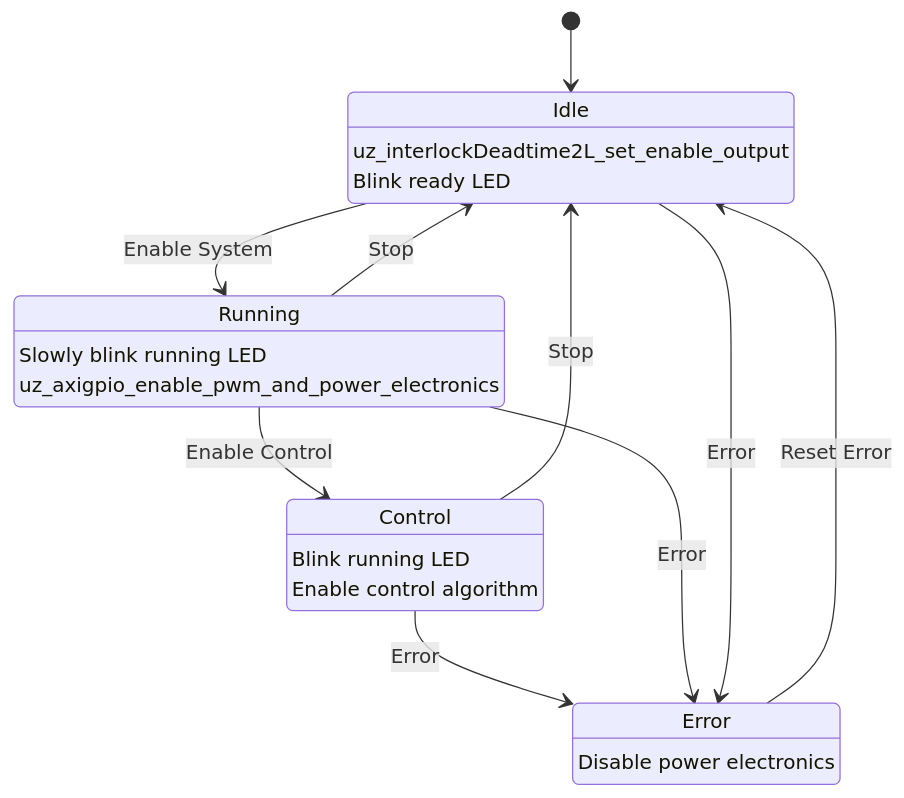
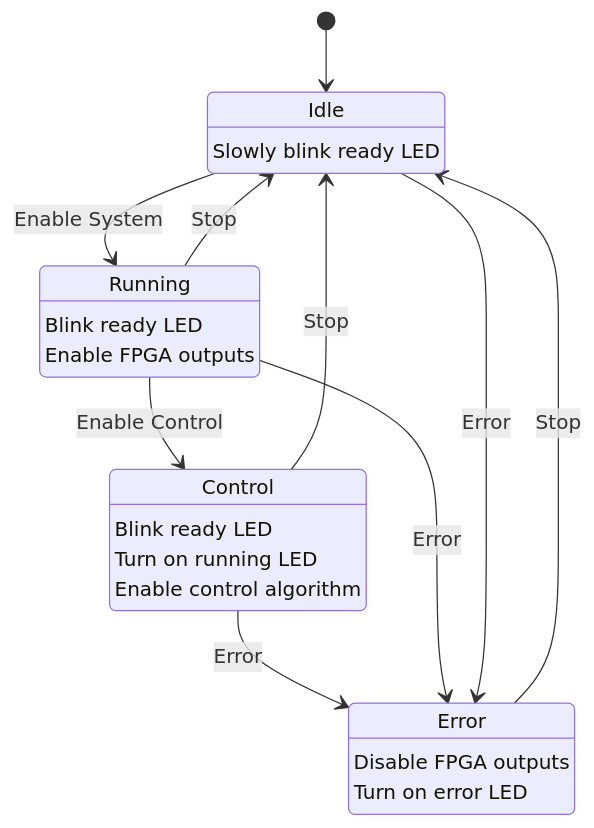
Before and after one commit to ultrazohm/ultrazohm_sw: the diagram in docs/source/mpsoc/rpu_software/r5_statemachine.rst, drawn with Mermaid. The commit also changed other lines of this file and 4 other files, not shown here.

```diff
--- a/docs/source/mpsoc/rpu_software/r5_statemachine.rst
+++ b/docs/source/mpsoc/rpu_software/r5_statemachine.rst
@@ -34,16 +12,16 @@
 .. mermaid::
 
     stateDiagram-v2
         [*] --> Idle
         Idle --> Running: Enable System
         Running --> Control: Enable Control
         Control --> Error: Error
         Running --> Error: Error
         Idle --> Error: Error
-        Error --> Idle: Reset Error
+        Error --> Idle: Stop
         Running --> Idle: Stop
         Control --> Idle: Stop
-        state "Idle" as Idle: uz_interlockDeadtime2L_set_enable_output <br> Blink ready LED
-        state "Running" as Running: Slowly blink running LED <br> uz_axigpio_enable_pwm_and_power_electronics
-        state "Control" as Control: Blink running LED <br> Enable control algorithm
-        state "Error" as Error: Disable power electronics
+        state "Idle" as Idle: Slowly blink ready LED
+        state "Running" as Running: Blink ready LED <br> Enable FPGA outputs
+        state "Control" as Control: Blink ready LED <br> Turn on running LED <br> Enable control algorithm
+        state "Error" as Error: Disable FPGA outputs <br> Turn on error LED
```
